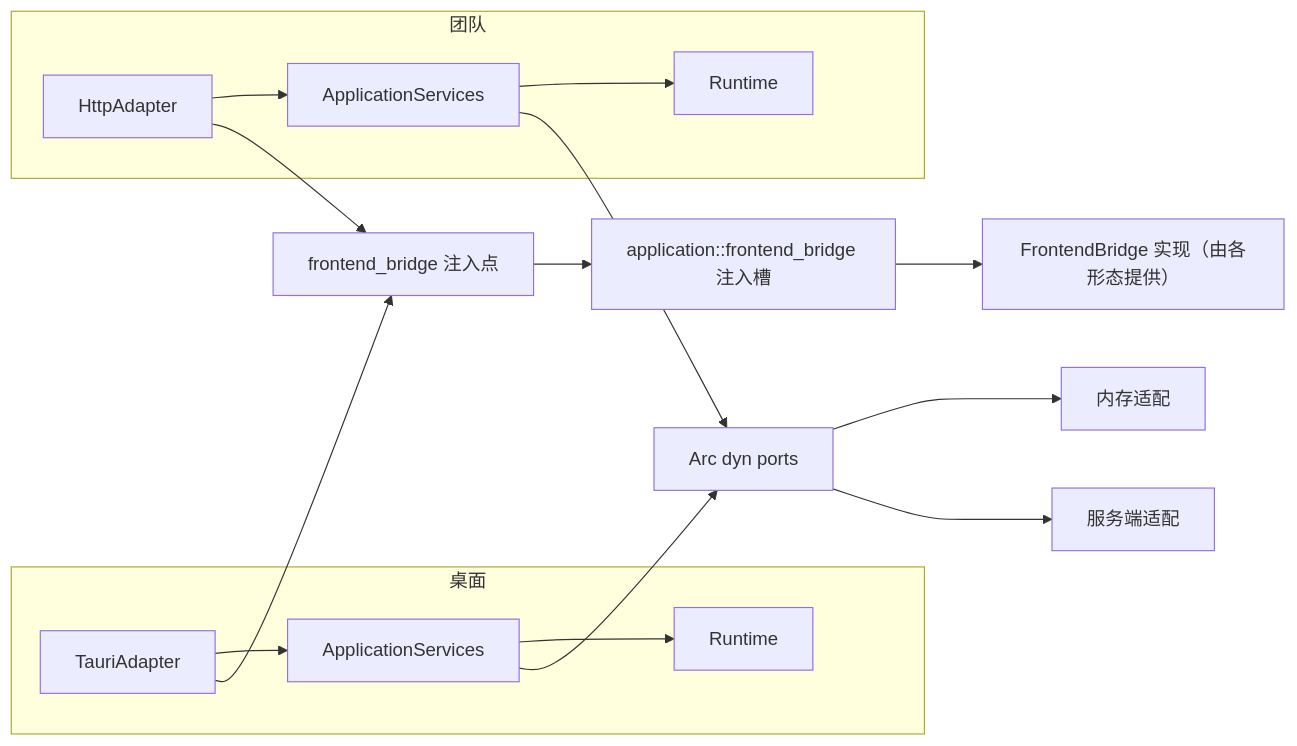
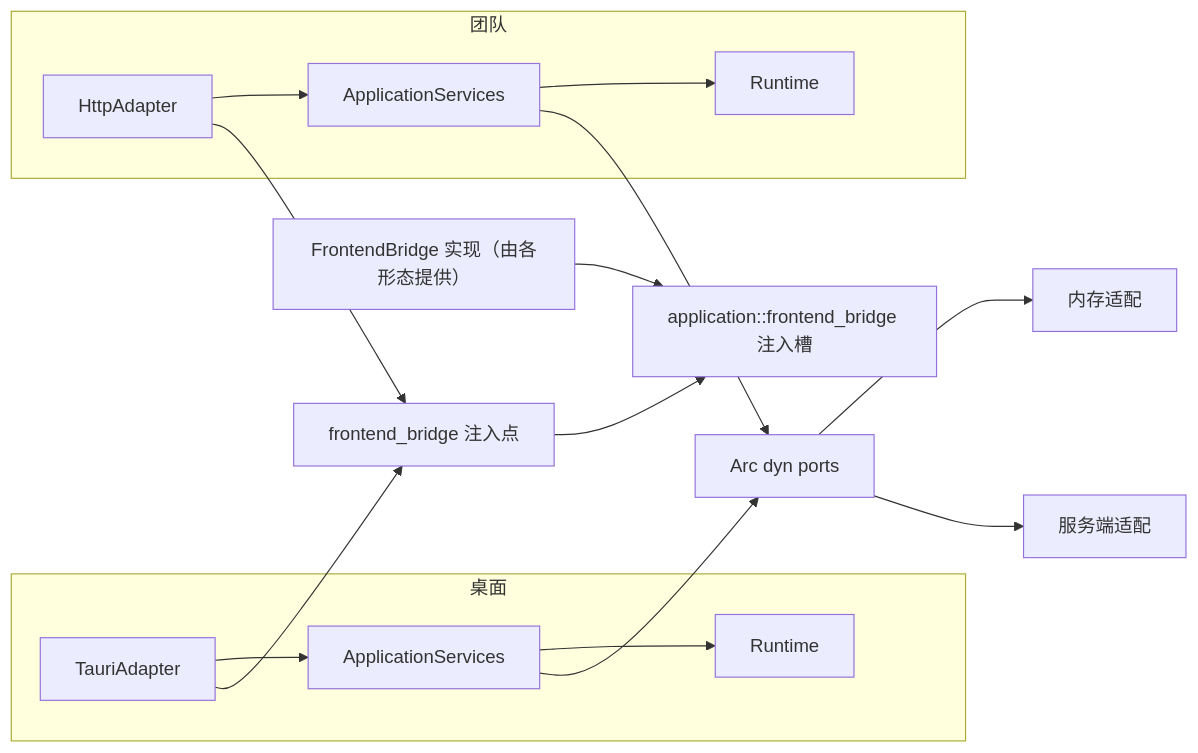
Before and after one commit to flyxl/datazen: the second of 4 diagrams in docs/architecture/platform/shared-boundaries-and-ports.md, drawn with Mermaid. The commit also changed other lines of this file and 14 other files, not shown here.

````diff
--- a/docs/architecture/platform/shared-boundaries-and-ports.md
+++ b/docs/architecture/platform/shared-boundaries-and-ports.md
@@ -509,19 +509,19 @@
 ```mermaid
 flowchart LR
     subgraph D[桌面]
         D1[TauriAdapter] --> APP[ApplicationServices]
         APP --> R[Runtime]
     end
     subgraph W[团队]
         W1[HttpAdapter] --> APP2[ApplicationServices]
         APP2 --> R2[Runtime]
     end
     APP --> PORTS[Arc dyn ports]
     APP2 --> PORTS
     PORTS --> INMEM[内存适配]
     PORTS --> DIST[服务端适配]
     D1 --> FB[frontend_bridge 注入点]
     W1 --> FB
     FB --> SLOT[application::frontend_bridge 注入槽]
-    SLOT --> IMPL[FrontendBridge 实现（由各形态提供）]
+    IMPL[FrontendBridge 实现（由各形态提供）] --> SLOT
 ```
````
